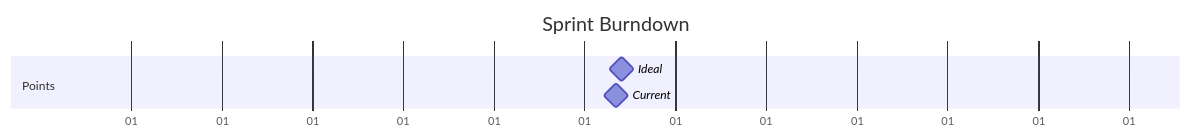
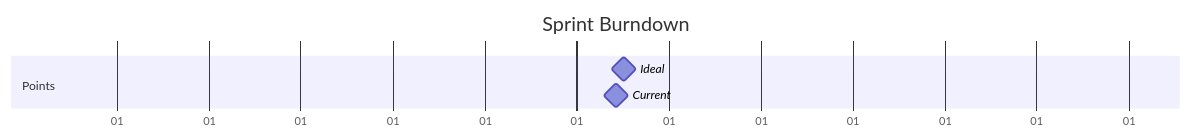
One commit to billynoodle/cursor-auto-rules-agile-workflow changed the diagram in .ai/sprints/current.md. Above: the diagram before and after it, drawn with Mermaid. The commit also changed other lines of this file and 149 other files, not shown here.

First line of the commit message:
feat(assessment): implement comprehensive assessment flow and UI improvements

````diff
--- a/.ai/sprints/current.md
+++ b/.ai/sprints/current.md
@@ -21,9 +23,9 @@
 ```mermaid
 gantt
     title Sprint Burndown
     dateFormat  YYYY-MM-DD
     axisFormat %d
     section Points
-    Ideal    : milestone, 6, 2024-03-18
-    Current  : milestone, 3.5, 2024-03-18
+    Ideal    : milestone, 11, 2024-03-18
+    Current  : milestone, 7, 2024-03-19
 ```
````
